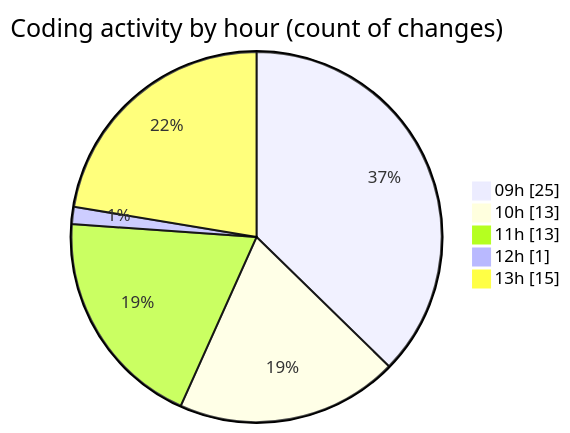
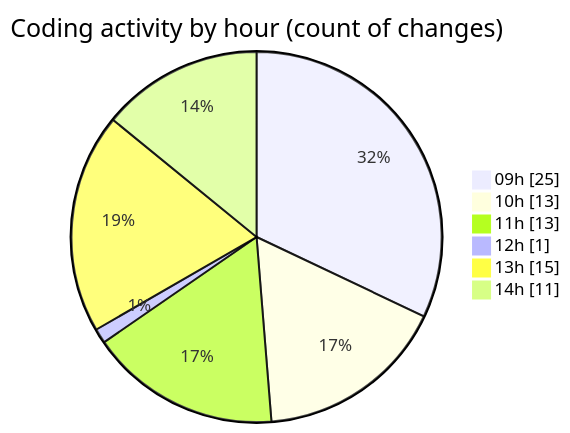
One commit to momahboobian/code-tracking changed the second of 2 diagrams in 2025-05-07/cda/README.md. Above: the diagram before and after it, drawn with Mermaid. The commit also changed other lines of this file and 1 other file, not shown here.

````diff
--- a/2025-05-07/cda/README.md
+++ b/2025-05-07/cda/README.md
@@ -68,9 +69,10 @@
 ```mermaid
 pie showData
 title Coding activity by hour (count of changes)
 "09h" : 25
 "10h" : 13
 "11h" : 13
 "12h" : 1
 "13h" : 15
+"14h" : 11
 ```
````
